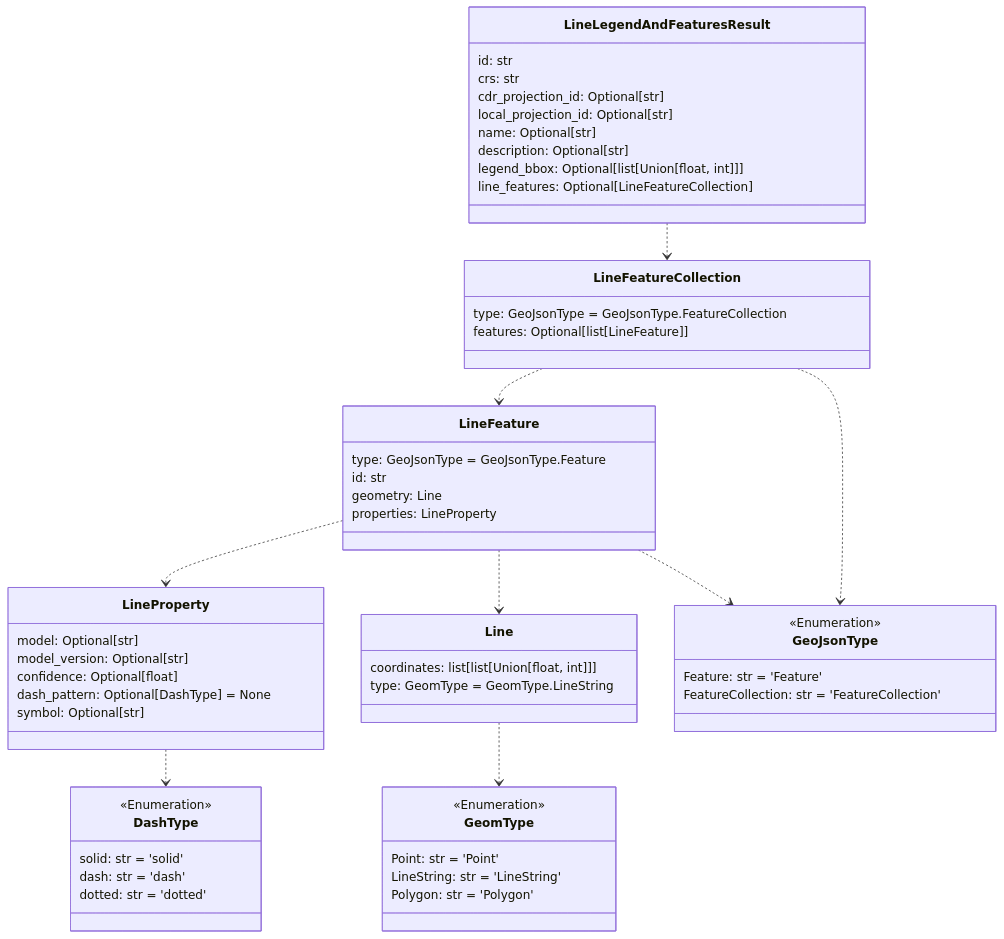
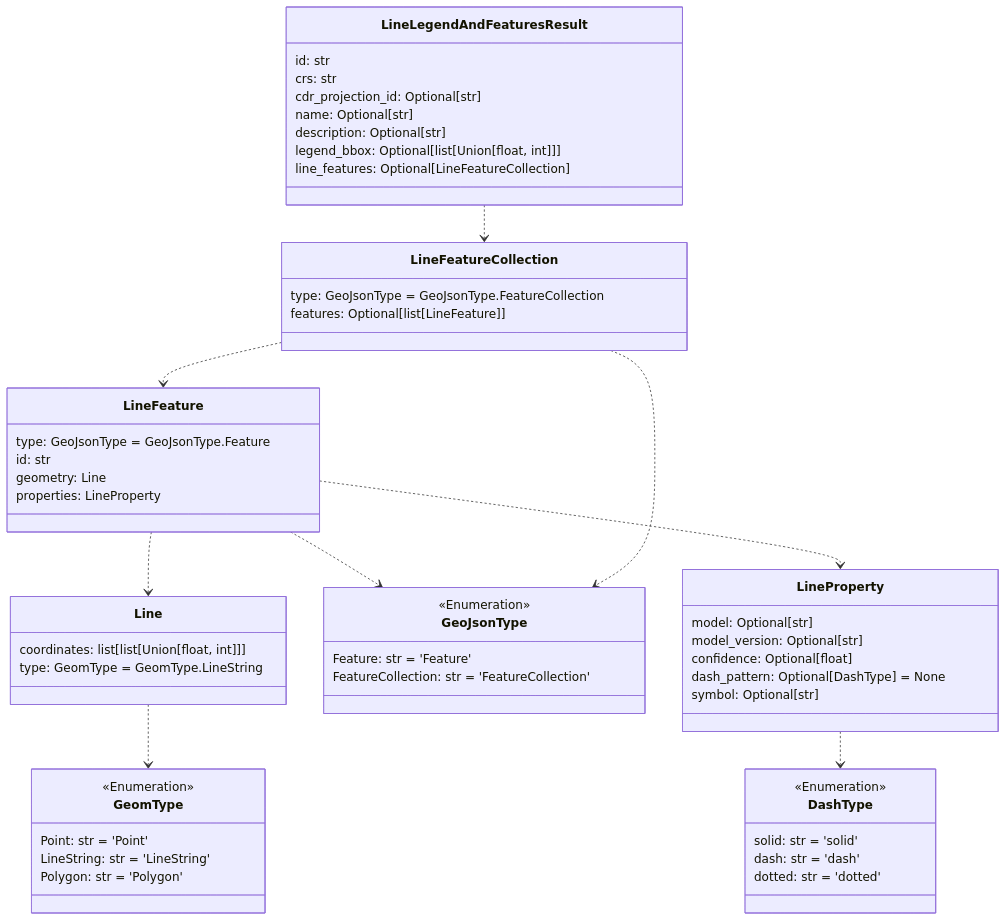
One commit to DARPA-CRITICALMAAS/cdr_schemas changed the fifth of 6 diagrams in README.md. Above: the diagram before and after it, drawn with Mermaid. The commit also changed other lines of this file, not shown here.

````diff
--- a/README.md
+++ b/README.md
@@ -342,70 +338,69 @@
 ```mermaid
 classDiagram
-
-    class LineLegendAndFeaturesResult {
-        id: str
-        crs: str
-        cdr_projection_id: Optional[str]
-        local_projection_id: Optional[str]
-        name: Optional[str]
-        description: Optional[str]
-        legend_bbox: Optional[list[Union[float, int]]]
-        line_features: Optional[LineFeatureCollection]
-    }
 
     class Line {
         coordinates: list[list[Union[float, int]]]
         type: GeomType = GeomType.LineString
-    }
-
-    class LineFeatureCollection {
-        type: GeoJsonType = GeoJsonType.FeatureCollection
-        features: Optional[list[LineFeature]]
     }
 
     class GeomType {
         <<Enumeration>>
         Point: str = 'Point'
         LineString: str = 'LineString'
         Polygon: str = 'Polygon'
+    }
+
+    class GeoJsonType {
+        <<Enumeration>>
+        Feature: str = 'Feature'
+        FeatureCollection: str = 'FeatureCollection'
+    }
+
+    class LineProperty {
+        model: Optional[str]
+        model_version: Optional[str]
+        confidence: Optional[float]
+        dash_pattern: Optional[DashType] = None
+        symbol: Optional[str]
+    }
+
+    class LineLegendAndFeaturesResult {
+        id: str
+        crs: str
+        cdr_projection_id: Optional[str]
+        name: Optional[str]
+        description: Optional[str]
+        legend_bbox: Optional[list[Union[float, int]]]
+        line_features: Optional[LineFeatureCollection]
+    }
+
+    class LineFeatureCollection {
+        type: GeoJsonType = GeoJsonType.FeatureCollection
+        features: Optional[list[LineFeature]]
     }
 
     class LineFeature {
         type: GeoJsonType = GeoJsonType.Feature
         id: str
         geometry: Line
         properties: LineProperty
     }
 
     class DashType {
         <<Enumeration>>
         solid: str = 'solid'
         dash: str = 'dash'
         dotted: str = 'dotted'
     }
 
-    class LineProperty {
-        model: Optional[str]
-        model_version: Optional[str]
-        confidence: Optional[float]
-        dash_pattern: Optional[DashType] = None
-        symbol: Optional[str]
-    }
-
-    class GeoJsonType {
-        <<Enumeration>>
-        Feature: str = 'Feature'
-        FeatureCollection: str = 'FeatureCollection'
-    }
-
     Line ..> GeomType
     LineProperty ..> DashType
+    LineFeature ..> Line
     LineFeature ..> GeoJsonType
     LineFeature ..> LineProperty
-    LineFeature ..> Line
+    LineFeatureCollection ..> LineFeature
     LineFeatureCollection ..> GeoJsonType
-    LineFeatureCollection ..> LineFeature
     LineLegendAndFeaturesResult ..> LineFeatureCollection
 
 
 ```
````
